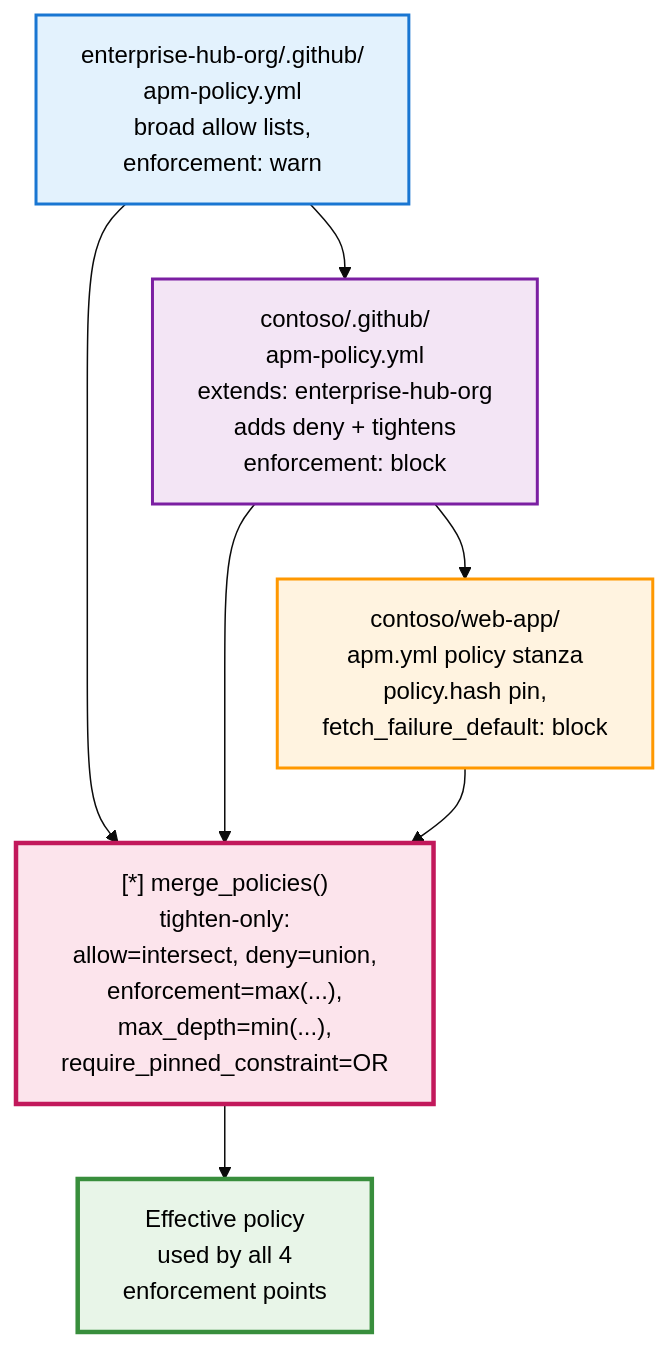
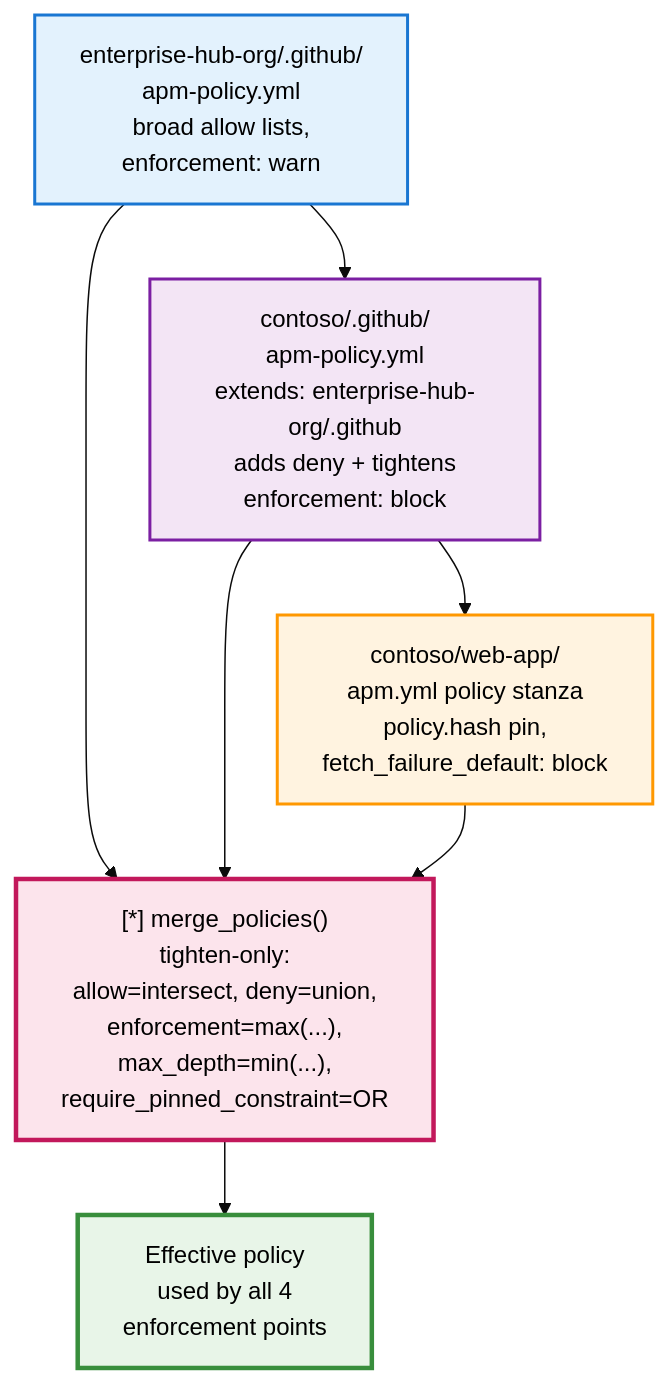
The second of 4 diagrams in docs/src/content/docs/enterprise/governance-guide.md (microsoft/apm), drawn with Mermaid (base theme) before and after one commit. The commit also changed other lines of this file and 13 other files, not shown here.

````diff
--- a/docs/src/content/docs/enterprise/governance-guide.md
+++ b/docs/src/content/docs/enterprise/governance-guide.md
@@ -184,15 +184,15 @@
 ```mermaid
 graph TD
-    Hub["enterprise-hub-org/.github/<br/>apm-policy.yml<br/>broad allow lists,<br/>enforcement: warn"] --> Org["contoso/.github/<br/>apm-policy.yml<br/>extends: enterprise-hub-org<br/>adds deny + tightens<br/>enforcement: block"]
+    Hub["enterprise-hub-org/.github/<br/>apm-policy.yml<br/>broad allow lists,<br/>enforcement: warn"] --> Org["contoso/.github/<br/>apm-policy.yml<br/>extends: enterprise-hub-org/.github<br/>adds deny + tightens<br/>enforcement: block"]
     Org --> Repo["contoso/web-app/<br/>apm.yml policy stanza<br/>policy.hash pin,<br/>fetch_failure_default: block"]
     Hub --> Merge["[*] merge_policies()<br/>tighten-only:<br/>allow=intersect, deny=union,<br/>enforcement=max(...),<br/>max_depth=min(...),<br/>require_pinned_constraint=OR"]
     Org --> Merge
     Repo --> Merge
     Merge --> Effective["Effective policy<br/>used by all 4<br/>enforcement points"]
 
     style Hub fill:#e3f2fd,stroke:#1976d2,stroke-width:2px,color:#000
     style Org fill:#f3e5f5,stroke:#7b1fa2,stroke-width:2px,color:#000
     style Repo fill:#fff3e0,stroke:#ff9800,stroke-width:2px,color:#000
     style Merge fill:#fce4ec,stroke:#c2185b,stroke-width:3px,color:#000
     style Effective fill:#e8f5e8,stroke:#388e3c,stroke-width:3px,color:#000
 ```
````
